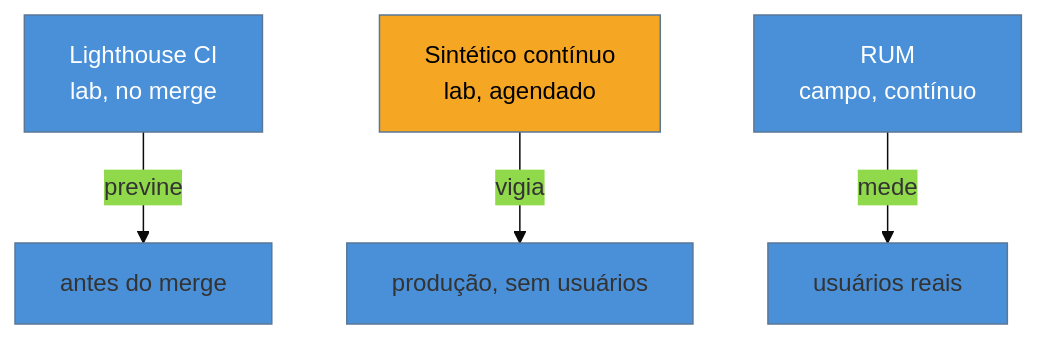
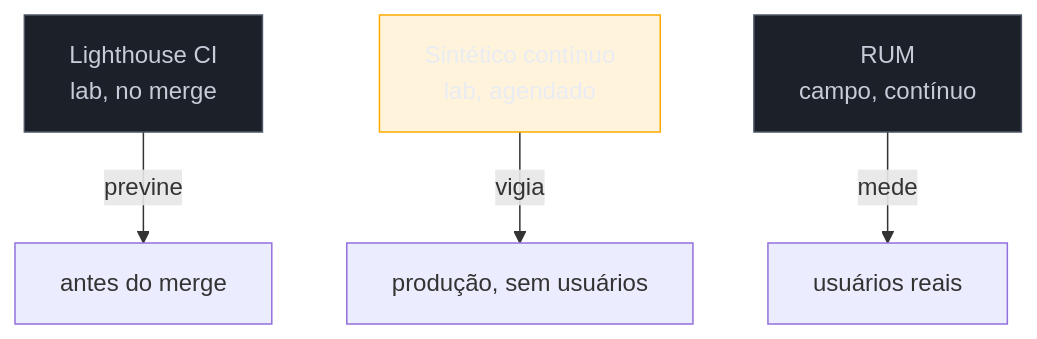
Before and after one commit to josenaldo/codex-technomanticus: the diagram in 03-Dominios/Tecnologia/Web Performance/Performance em Produção/05 - Monitoramento sintético contínuo.md, drawn with Mermaid. The commit also changed 1181 other files, not shown here.

First line of the commit message:
fix(diagramas): paleta do sistema no lugar de cor cravada no markdown

````diff
--- a/03-Dominios/Tecnologia/Web Performance/Performance em Produção/05 - Monitoramento sintético contínuo.md
+++ b/03-Dominios/Tecnologia/Web Performance/Performance em Produção/05 - Monitoramento sintético contínuo.md
@@ -33,10 +33,11 @@
 ```mermaid
-%%{init: {"theme": "base", "themeVariables": {"primaryColor": "#4A90D9"}}}%%
 graph TB
+    classDef neutro fill:#1B2029,stroke:#4E5666,color:#C6CCD8
+    classDef destaque fill:#FFAA0024,stroke:#FFAA00,color:#E9ECF2
     A["Lighthouse CI<br/>lab, no merge"] -->|previne| X[antes do merge]
     B["Sintético contínuo<br/>lab, agendado"] -->|vigia| Y[produção, sem usuários]
     C["RUM<br/>campo, contínuo"] -->|mede| Z[usuários reais]
-    style A fill:#4A90D9,color:#fff
-    style B fill:#F5A623,color:#000
-    style C fill:#4A90D9,color:#fff
+    class A neutro
+    class B destaque
+    class C neutro
 ```
````
